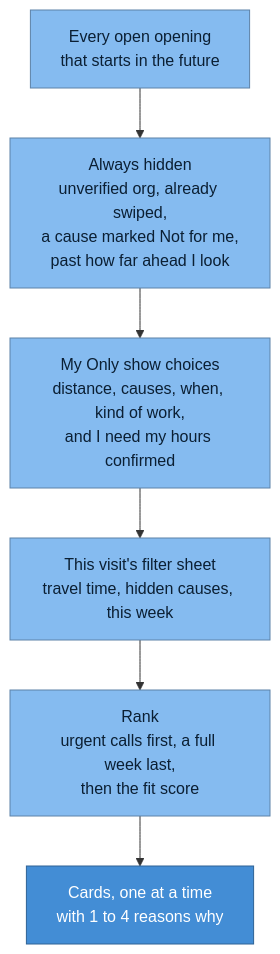
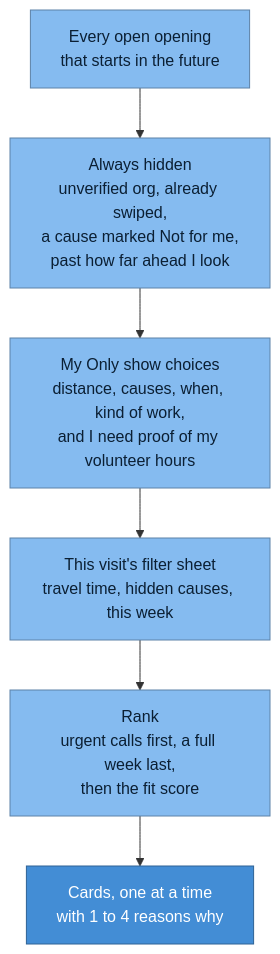
Before and after one commit to slegroux/causematch: the sixth of 26 diagrams in docs/ARCHITECTURE.md, drawn with Mermaid. The commit also changed other lines of this file and 4 other files, not shown here.

````diff
--- a/docs/ARCHITECTURE.md
+++ b/docs/ARCHITECTURE.md
@@ -327,16 +327,16 @@
 ```mermaid
 %%{init: {"flowchart": {"curve": "basis"}, "themeVariables": {"fontFamily": "Helvetica, Arial, sans-serif"}}}%%
 flowchart TB
     all["Every open opening<br/>that starts in the future"]
     hard["Always hidden<br/>unverified org, already swiped,<br/>a cause marked Not for me,<br/>past how far ahead I look"]
-    only["My Only show choices<br/>distance, causes, when, kind of work,<br/>and I need my hours confirmed"]
+    only["My Only show choices<br/>distance, causes, when, kind of work,<br/>and I need proof of my volunteer hours"]
     sheet["This visit's filter sheet<br/>travel time, hidden causes, this week"]
     rank["Rank<br/>urgent calls first, a full week last,<br/>then the fit score"]
     cards["Cards, one at a time<br/>with 1 to 4 reasons why"]
     all --> hard --> only --> sheet --> rank --> cards
 
     classDef step fill:#85bbf0,stroke:#5d82a8,color:#0b1f33
     classDef key fill:#438dd5,stroke:#2e6295,color:#ffffff
     class all,hard,only,sheet,rank step
     class cards key
 ```
````
